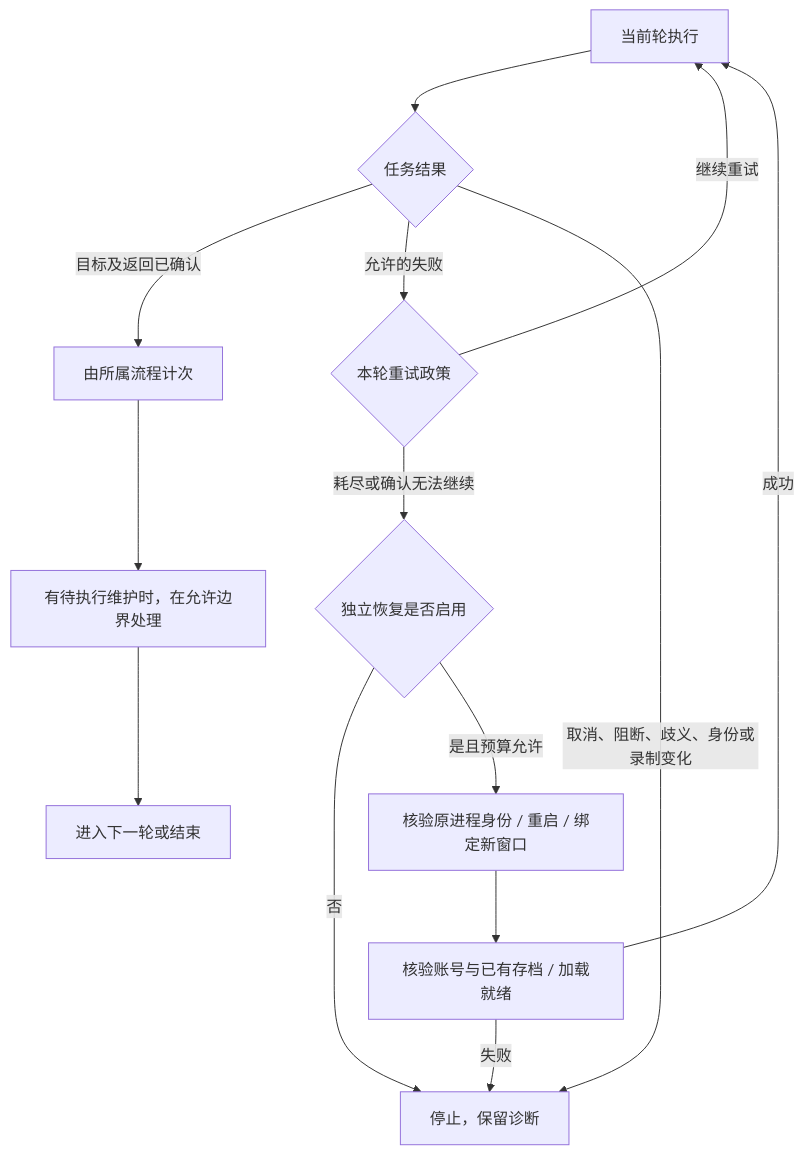
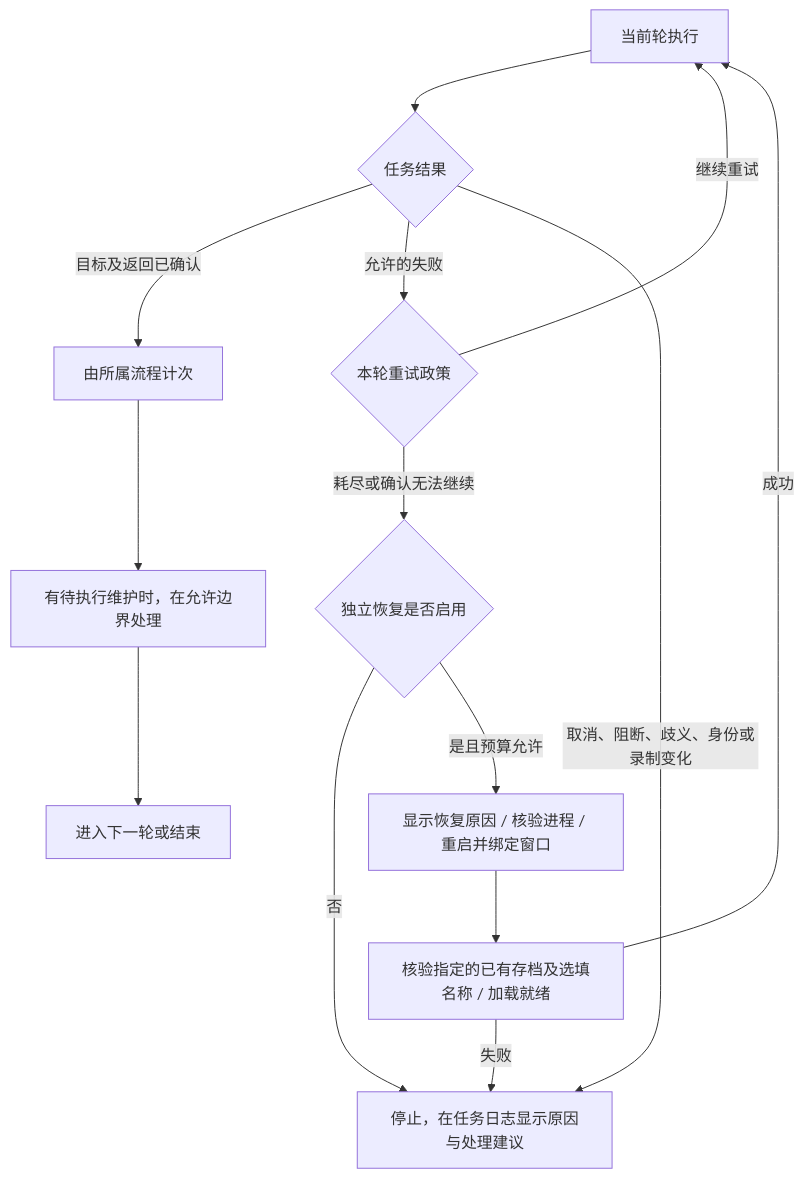
The fifth of 8 diagrams in architecture/README.md (Inkyu-Zero/MAAZMXY4), drawn with Mermaid before and after one commit. The commit also changed other lines of this file and 37 other files, not shown here.

````diff
--- a/architecture/README.md
+++ b/architecture/README.md
@@ -171,16 +181,16 @@
 ```mermaid
 flowchart TD
     Run["当前轮执行"] --> Result{"任务结果"}
     Result -->|目标及返回已确认| Count["由所属流程计次"]
     Result -->|允许的失败| Retry{"本轮重试政策"}
     Retry -->|继续重试| Run
     Retry -->|耗尽或确认无法继续| Enabled{"独立恢复是否启用"}
-    Enabled -->|否| Stop["停止，保留诊断"]
-    Enabled -->|是且预算允许| Recover["核验原进程身份 / 重启 / 绑定新窗口"]
-    Recover --> Login["核验账号与已有存档 / 加载就绪"]
+    Enabled -->|否| Stop["停止，在任务日志显示原因与处理建议"]
+    Enabled -->|是且预算允许| Recover["显示恢复原因 / 核验进程 / 重启并绑定窗口"]
+    Recover --> Login["核验指定的已有存档及选填名称 / 加载就绪"]
     Login -->|成功| Run
     Login -->|失败| Stop
     Result -->|取消、阻断、歧义、身份或录制变化| Stop
     Count --> Maintenance["有待执行维护时，在允许边界处理"]
     Maintenance --> Next["进入下一轮或结束"]
 ```
````
